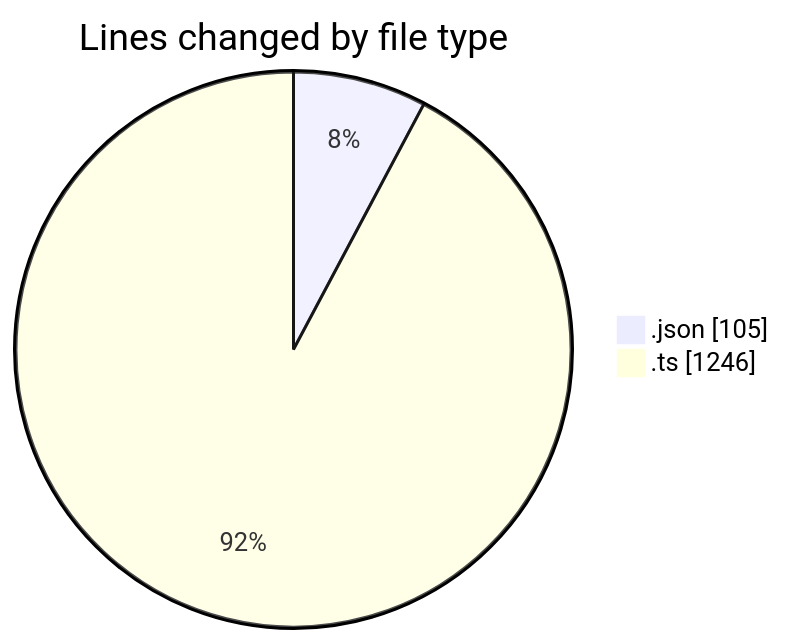
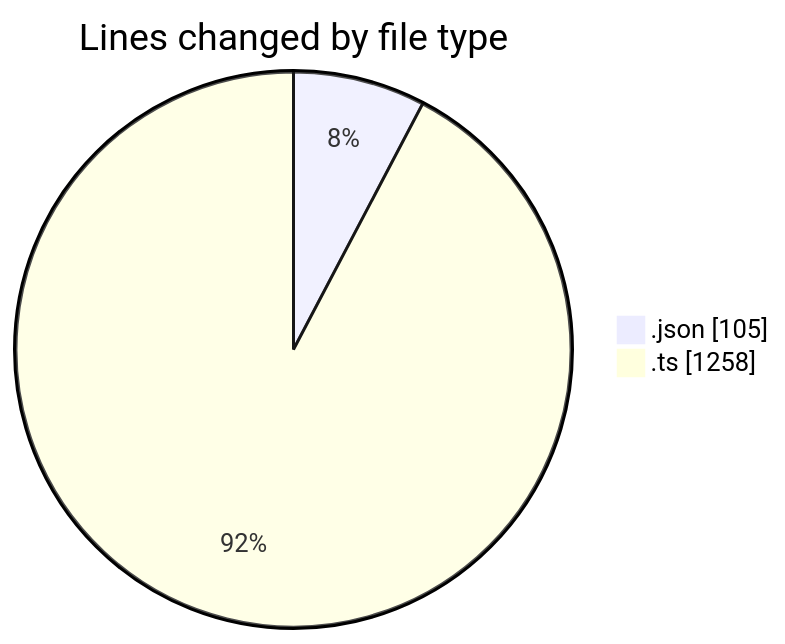
Before and after one commit to momahboobian/code-tracking: the first of 2 diagrams in 2025-06-25/cda/README.md, drawn with Mermaid. The commit also changed other lines of this file and 1 other file, not shown here.

````diff
--- a/2025-06-25/cda/README.md
+++ b/2025-06-25/cda/README.md
@@ -25,6 +25,6 @@
 ```mermaid
 pie showData
 title Lines changed by file type
 ".json" : 105
-".ts" : 1246
+".ts" : 1258
 ```
````
